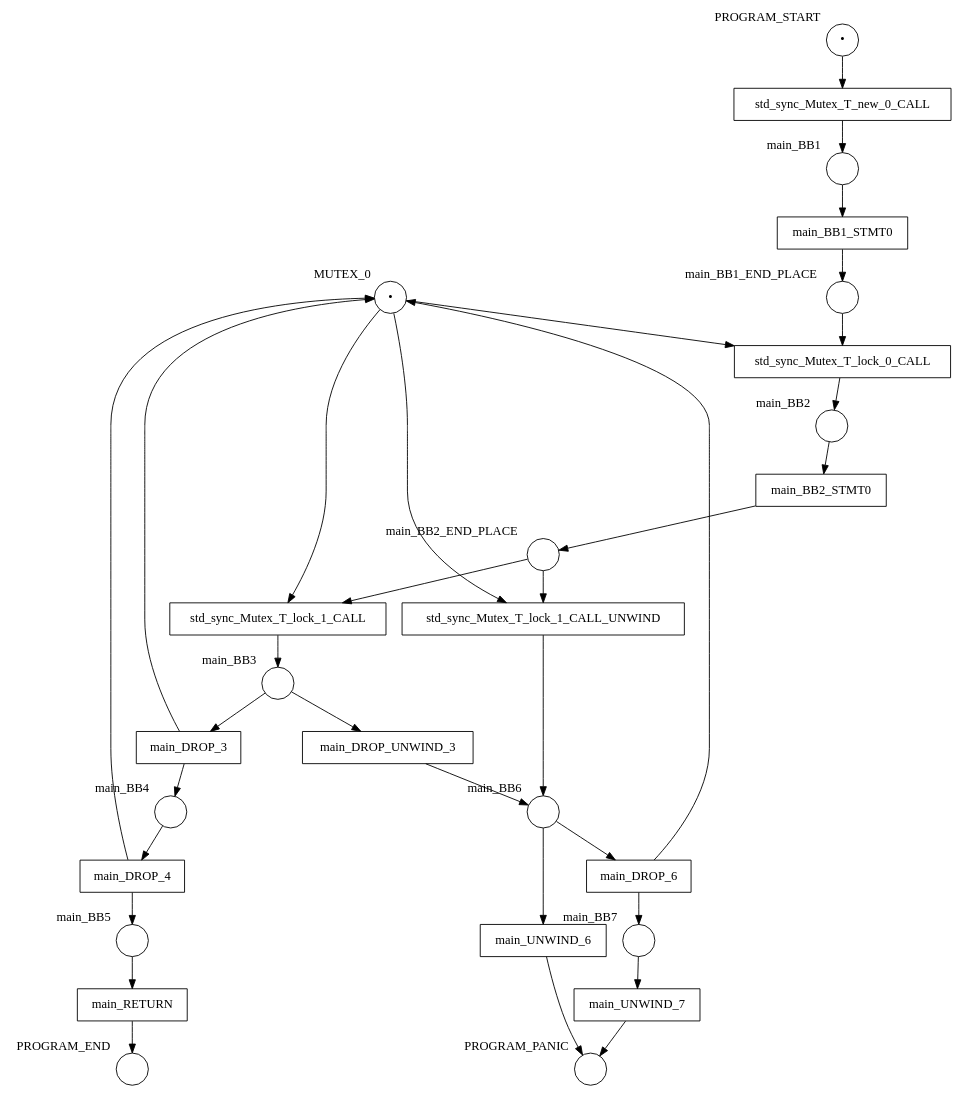
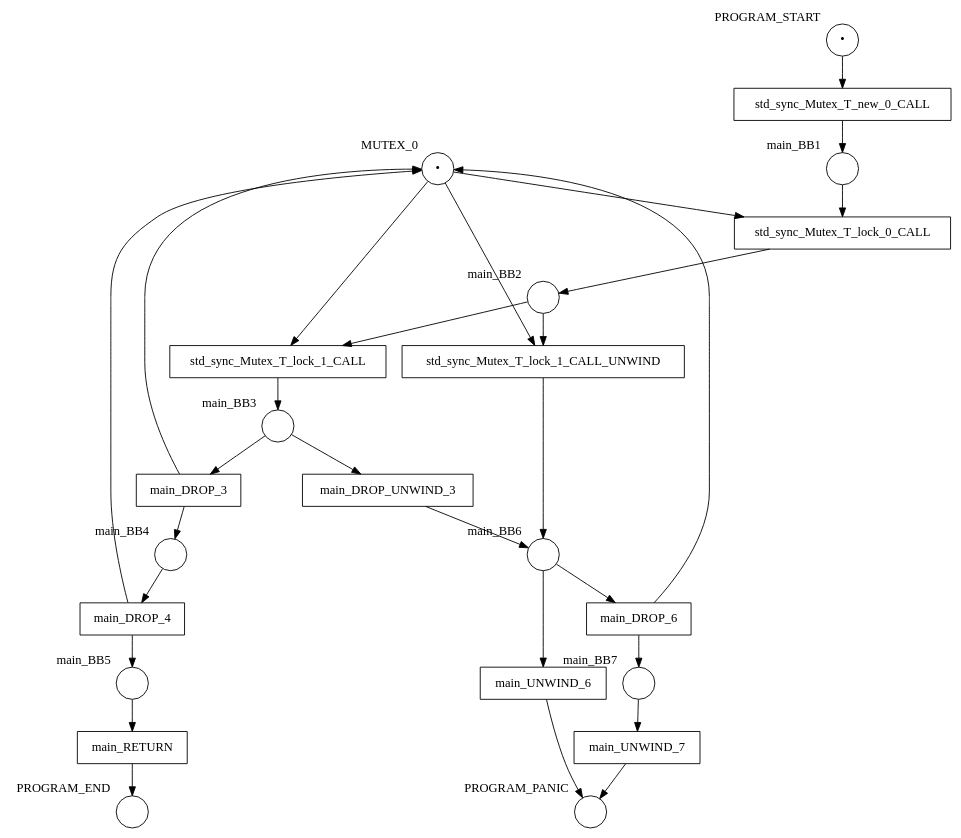
One commit to hlisdero/cargo-check-deadlock changed the diagram in examples/results/mutex/double_lock_deadlock/net.dot. Above: the diagram before and after it, drawn with Graphviz. The commit also changed 57 other files, not shown here.

First line of the commit message:
Architectural change: Do not model MIR statements anymore.

```diff
--- a/examples/results/mutex/double_lock_deadlock/net.dot
+++ b/examples/results/mutex/double_lock_deadlock/net.dot
@@ -1,60 +1,52 @@
 digraph petrinet {
     MUTEX_0 [shape="circle" xlabel="MUTEX_0" label="•"];
     PROGRAM_END [shape="circle" xlabel="PROGRAM_END" label=""];
     PROGRAM_PANIC [shape="circle" xlabel="PROGRAM_PANIC" label=""];
     PROGRAM_START [shape="circle" xlabel="PROGRAM_START" label="•"];
     main_BB1 [shape="circle" xlabel="main_BB1" label=""];
-    main_BB1_END_PLACE [shape="circle" xlabel="main_BB1_END_PLACE" label=""];
     main_BB2 [shape="circle" xlabel="main_BB2" label=""];
-    main_BB2_END_PLACE [shape="circle" xlabel="main_BB2_END_PLACE" label=""];
     main_BB3 [shape="circle" xlabel="main_BB3" label=""];
     main_BB4 [shape="circle" xlabel="main_BB4" label=""];
     main_BB5 [shape="circle" xlabel="main_BB5" label=""];
     main_BB6 [shape="circle" xlabel="main_BB6" label=""];
     main_BB7 [shape="circle" xlabel="main_BB7" label=""];
-    main_BB1_STMT0 [shape="box" xlabel="" label="main_BB1_STMT0"];
-    main_BB2_STMT0 [shape="box" xlabel="" label="main_BB2_STMT0"];
     main_DROP_3 [shape="box" xlabel="" label="main_DROP_3"];
     main_DROP_4 [shape="box" xlabel="" label="main_DROP_4"];
     main_DROP_6 [shape="box" xlabel="" label="main_DROP_6"];
     main_DROP_UNWIND_3 [shape="box" xlabel="" label="main_DROP_UNWIND_3"];
     main_RETURN [shape="box" xlabel="" label="main_RETURN"];
     main_UNWIND_6 [shape="box" xlabel="" label="main_UNWIND_6"];
     main_UNWIND_7 [shape="box" xlabel="" label="main_UNWIND_7"];
     std_sync_Mutex_T_lock_0_CALL [shape="box" xlabel="" label="std_sync_Mutex_T_lock_0_CALL"];
     std_sync_Mutex_T_lock_1_CALL [shape="box" xlabel="" label="std_sync_Mutex_T_lock_1_CALL"];
     std_sync_Mutex_T_lock_1_CALL_UNWIND [shape="box" xlabel="" label="std_sync_Mutex_T_lock_1_CALL_UNWIND"];
     std_sync_Mutex_T_new_0_CALL [shape="box" xlabel="" label="std_sync_Mutex_T_new_0_CALL"];
     MUTEX_0 -> std_sync_Mutex_T_lock_0_CALL;
     MUTEX_0 -> std_sync_Mutex_T_lock_1_CALL;
     MUTEX_0 -> std_sync_Mutex_T_lock_1_CALL_UNWIND;
     PROGRAM_START -> std_sync_Mutex_T_new_0_CALL;
-    main_BB1 -> main_BB1_STMT0;
-    main_BB1_END_PLACE -> std_sync_Mutex_T_lock_0_CALL;
-    main_BB2 -> main_BB2_STMT0;
-    main_BB2_END_PLACE -> std_sync_Mutex_T_lock_1_CALL;
-    main_BB2_END_PLACE -> std_sync_Mutex_T_lock_1_CALL_UNWIND;
+    main_BB1 -> std_sync_Mutex_T_lock_0_CALL;
+    main_BB2 -> std_sync_Mutex_T_lock_1_CALL;
+    main_BB2 -> std_sync_Mutex_T_lock_1_CALL_UNWIND;
     main_BB3 -> main_DROP_3;
     main_BB3 -> main_DROP_UNWIND_3;
     main_BB4 -> main_DROP_4;
     main_BB5 -> main_RETURN;
     main_BB6 -> main_DROP_6;
     main_BB6 -> main_UNWIND_6;
     main_BB7 -> main_UNWIND_7;
-    main_BB1_STMT0 -> main_BB1_END_PLACE;
-    main_BB2_STMT0 -> main_BB2_END_PLACE;
     main_DROP_3 -> MUTEX_0;
     main_DROP_3 -> main_BB4;
     main_DROP_4 -> MUTEX_0;
     main_DROP_4 -> main_BB5;
     main_DROP_6 -> MUTEX_0;
     main_DROP_6 -> main_BB7;
     main_DROP_UNWIND_3 -> main_BB6;
     main_RETURN -> PROGRAM_END;
     main_UNWIND_6 -> PROGRAM_PANIC;
     main_UNWIND_7 -> PROGRAM_PANIC;
     std_sync_Mutex_T_lock_0_CALL -> main_BB2;
     std_sync_Mutex_T_lock_1_CALL -> main_BB3;
     std_sync_Mutex_T_lock_1_CALL_UNWIND -> main_BB6;
     std_sync_Mutex_T_new_0_CALL -> main_BB1;
 }
```
